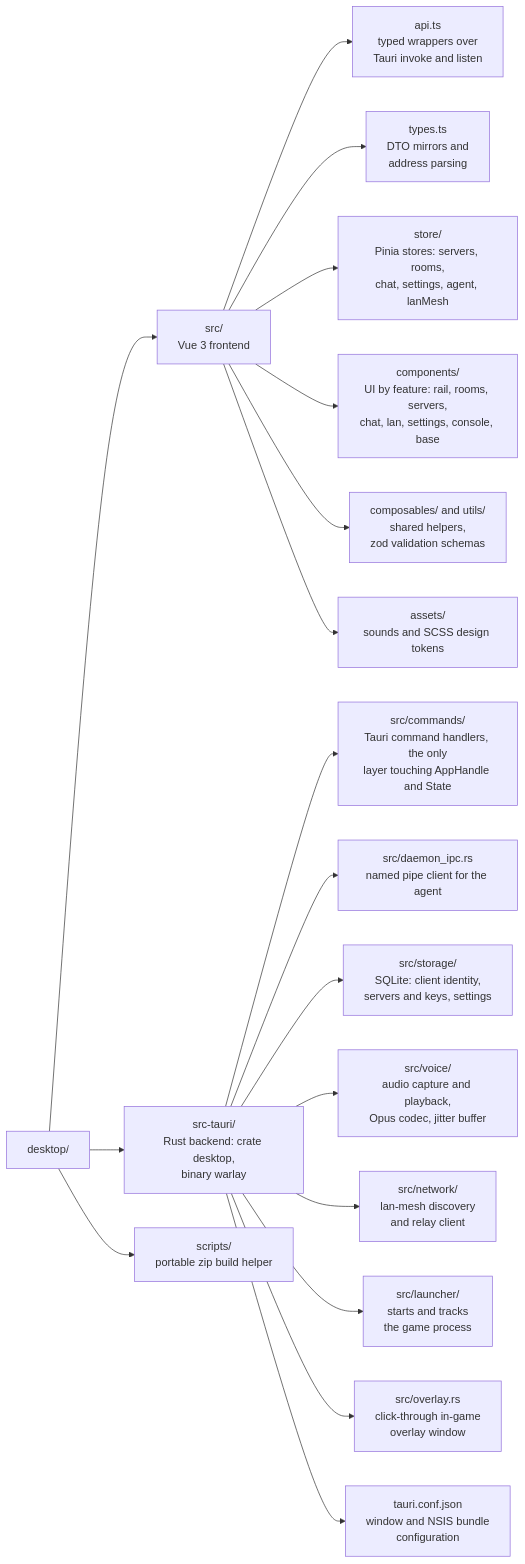
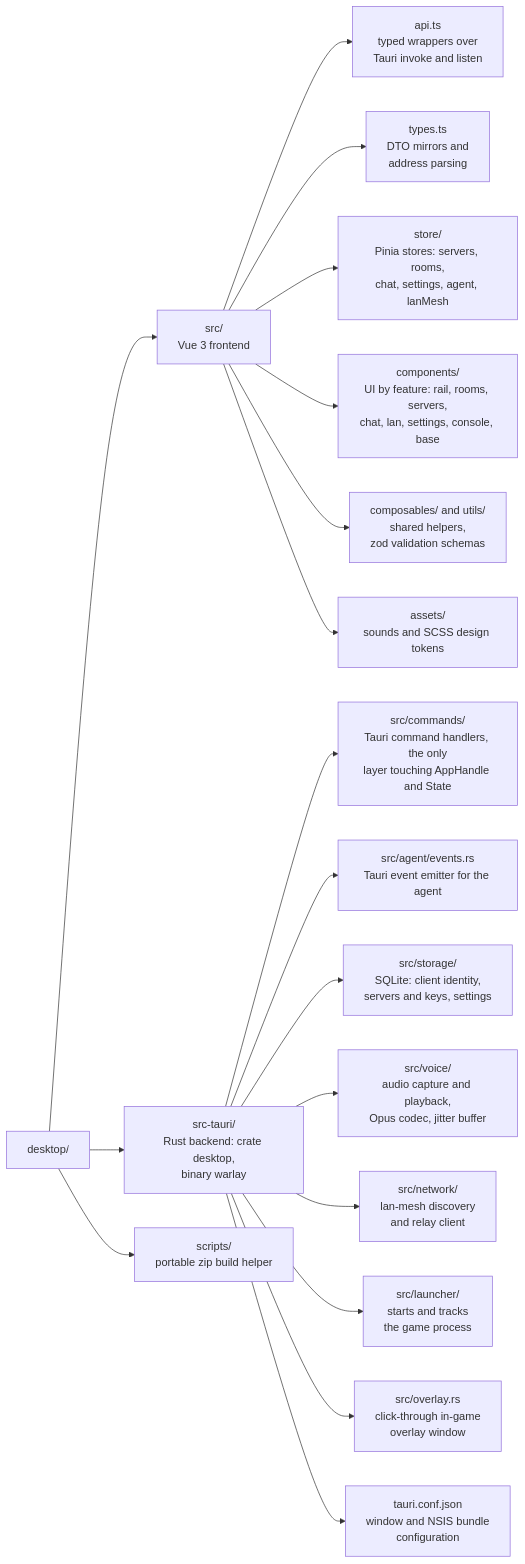
The diagram in desktop/README.md (jhonsferg/warlay), drawn with Mermaid before and after one commit. The commit also changed other lines of this file and 31 other files, not shown here.

````diff
--- a/desktop/README.md
+++ b/desktop/README.md
@@ -39,24 +39,24 @@
 ```mermaid
 flowchart LR
     root["desktop/"]
 
     root --> frontend["src/<br/>Vue 3 frontend"]
     frontend --> api["api.ts<br/>typed wrappers over<br/>Tauri invoke and listen"]
     frontend --> types["types.ts<br/>DTO mirrors and<br/>address parsing"]
     frontend --> store["store/<br/>Pinia stores: servers, rooms,<br/>chat, settings, agent, lanMesh"]
     frontend --> components["components/<br/>UI by feature: rail, rooms, servers,<br/>chat, lan, settings, console, base"]
     frontend --> helpers["composables/ and utils/<br/>shared helpers,<br/>zod validation schemas"]
     frontend --> assets["assets/<br/>sounds and SCSS design tokens"]
 
     root --> backend["src-tauri/<br/>Rust backend: crate desktop,<br/>binary warlay"]
     backend --> commands["src/commands/<br/>Tauri command handlers, the only<br/>layer touching AppHandle and State"]
-    backend --> ipc["src/daemon_ipc.rs<br/>named pipe client for the agent"]
+    backend --> ipc["src/agent/events.rs<br/>Tauri event emitter for the agent"]
     backend --> clientStorage["src/storage/<br/>SQLite: client identity,<br/>servers and keys, settings"]
     backend --> voice["src/voice/<br/>audio capture and playback,<br/>Opus codec, jitter buffer"]
     backend --> network["src/network/<br/>lan-mesh discovery<br/>and relay client"]
     backend --> launcher["src/launcher/<br/>starts and tracks<br/>the game process"]
     backend --> overlay["src/overlay.rs<br/>click-through in-game<br/>overlay window"]
     backend --> tauriConf["tauri.conf.json<br/>window and NSIS bundle<br/>configuration"]
 
     root --> scripts["scripts/<br/>portable zip build helper"]
 ```
````
